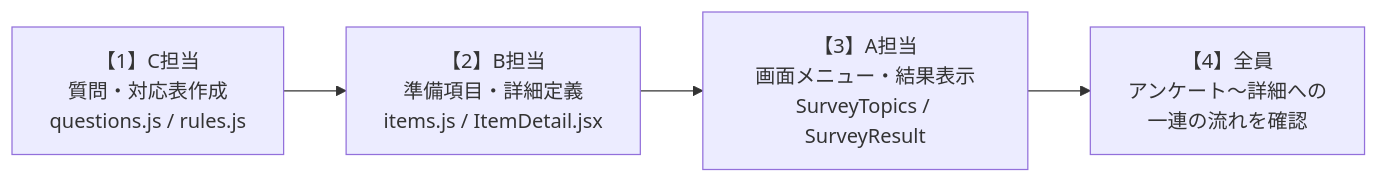
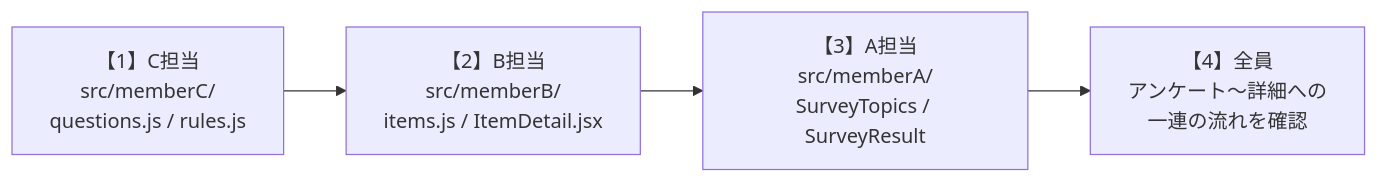
Before and after one commit to jezhongm-art/End_of_Life_Planning: the diagram in README.md, drawn with Mermaid. The commit also changed other lines of this file and 25 other files, not shown here.

````diff
--- a/README.md
+++ b/README.md
@@ -55,6 +64,6 @@
 ```mermaid
 flowchart LR
-    C["【1】C担当<br>質問・対応表作成<br>questions.js / rules.js"] --> B["【2】B担当<br>準備項目・詳細定義<br>items.js / ItemDetail.jsx"]
-    B --> A["【3】A担当<br>画面メニュー・結果表示<br>SurveyTopics / SurveyResult"]
+    C["【1】C担当<br>src/memberC/<br>questions.js / rules.js"] --> B["【2】B担当<br>src/memberB/<br>items.js / ItemDetail.jsx"]
+    B --> A["【3】A担当<br>src/memberA/<br>SurveyTopics / SurveyResult"]
     A --> ALL["【4】全員<br>アンケート〜詳細への<br>一連の流れを確認"]
 ```
````
